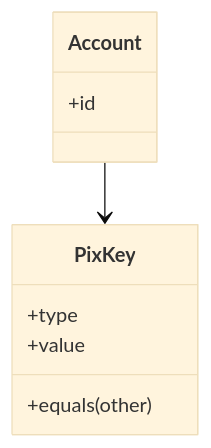
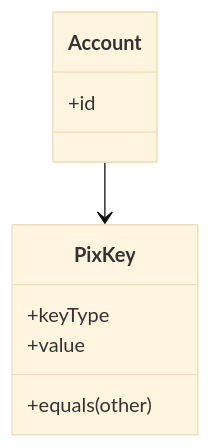
The diagram in docs/design/poeaa/base/value-object.md (alancesar/design-patterns), drawn with Mermaid (base theme) before and after one commit. The commit also changed 28 other files, not shown here.

Commit message:
Fix PoEAA review findings: gateway example bug, diagrams aligned with code

````diff
--- a/docs/design/poeaa/base/value-object.md
+++ b/docs/design/poeaa/base/value-object.md
@@ -60,12 +60,12 @@
 ```mermaid
 classDiagram
     class Account {
         +id
     }
     class PixKey {
-        +type
+        +keyType
         +value
         +equals(other)
     }
     Account --> PixKey
 ```
````
